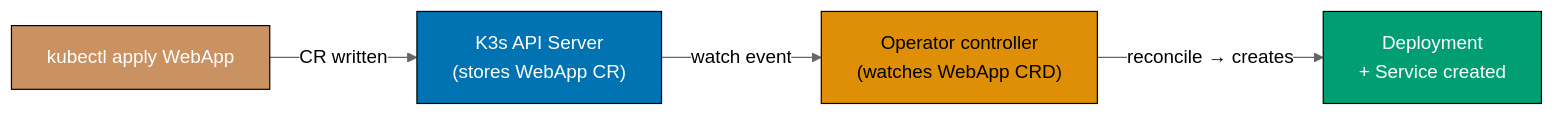
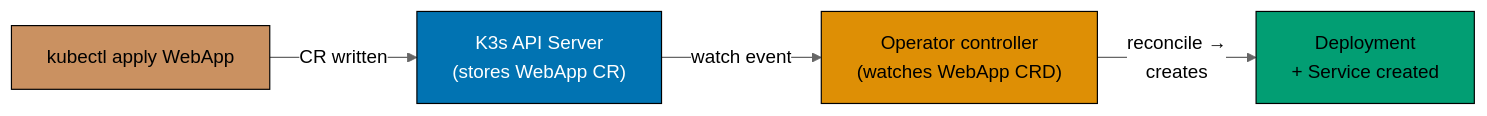
Before and after one commit to wahidyankf/ose-public: diagram 11 of 12 in apps/ayokoding-www/content/en/learn/legacy/software-engineering/infrastructure/tools/k3s/by-example/advanced.md, drawn with Mermaid (neutral theme). The commit also changed other lines of this file and 131 other files, not shown here.

First line of the commit message:
fix(mermaid): bring the legacy data, infrastructure, and testing diagrams onto the accessible palette

````diff
--- a/apps/ayokoding-www/content/en/learn/legacy/software-engineering/infrastructure/tools/k3s/by-example/advanced.md
+++ b/apps/ayokoding-www/content/en/learn/legacy/software-engineering/infrastructure/tools/k3s/by-example/advanced.md
@@ -2136,17 +2209,24 @@
 ```mermaid
 %% Color Palette: Blue #0173B2, Orange #DE8F05, Teal #029E73, Purple #CC78BC, Brown #CA9161
 graph LR
+    accTitle: Example 81: Custom Resource Definitions — Write a Simple Operator
+    accDescr: Graph with 4 nodes and 3 connections. Nodes: kubectl apply WebApp, K3s API Server (stores WebApp CR), Operator controller (watches WebApp CRD), Deployment + Service created. Connections: kubectl apply WebApp to K3s API Server (stores WebApp CR) (CR written), K3s API Server (stores WebApp CR) to Operator controller (watches WebApp CRD) (watch event), Operator controller (watches WebApp CRD) to Deployment + Service created (reconcile → creates).
     USER["kubectl apply WebApp"]
     API["K3s API Server<br/>(stores WebApp CR)"]
     OP["Operator controller<br/>(watches WebApp CRD)"]
     DEPLOY["Deployment<br/>+ Service created"]
 
     USER -->|"CR written"| API
     API -->|"watch event"| OP
-    OP -->|"reconcile → creates"| DEPLOY
+    OP -->|"reconcile →<br/>creates"| DEPLOY
 
-    style USER fill:#CA9161,stroke:#000,color:#fff
-    style API fill:#0173B2,stroke:#000,color:#fff
-    style OP fill:#DE8F05,stroke:#000,color:#000
-    style DEPLOY fill:#029E73,stroke:#000,color:#fff
+    classDef pal-CA9161 fill:#CA9161,stroke:#000000,color:#000000
+    class USER pal-CA9161
+    classDef pal-0173B2 fill:#0173B2,stroke:#000000,color:#FFFFFF
+    class API pal-0173B2
+    classDef pal-DE8F05 fill:#DE8F05,stroke:#000000,color:#000000
+    class OP pal-DE8F05
+    classDef pal-029E73 fill:#029E73,stroke:#000000,color:#000000
+    class DEPLOY pal-029E73
+    classDef default fill:#FFFFFF,stroke:#000000,color:#000000
 ```
````
